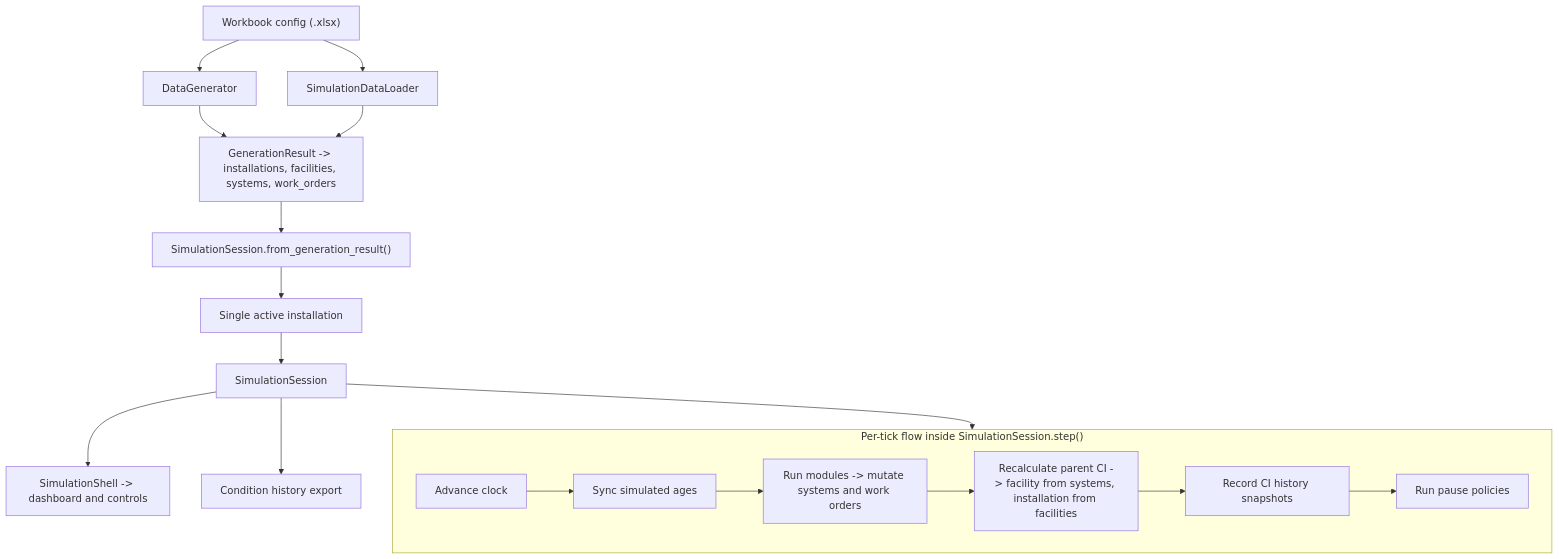
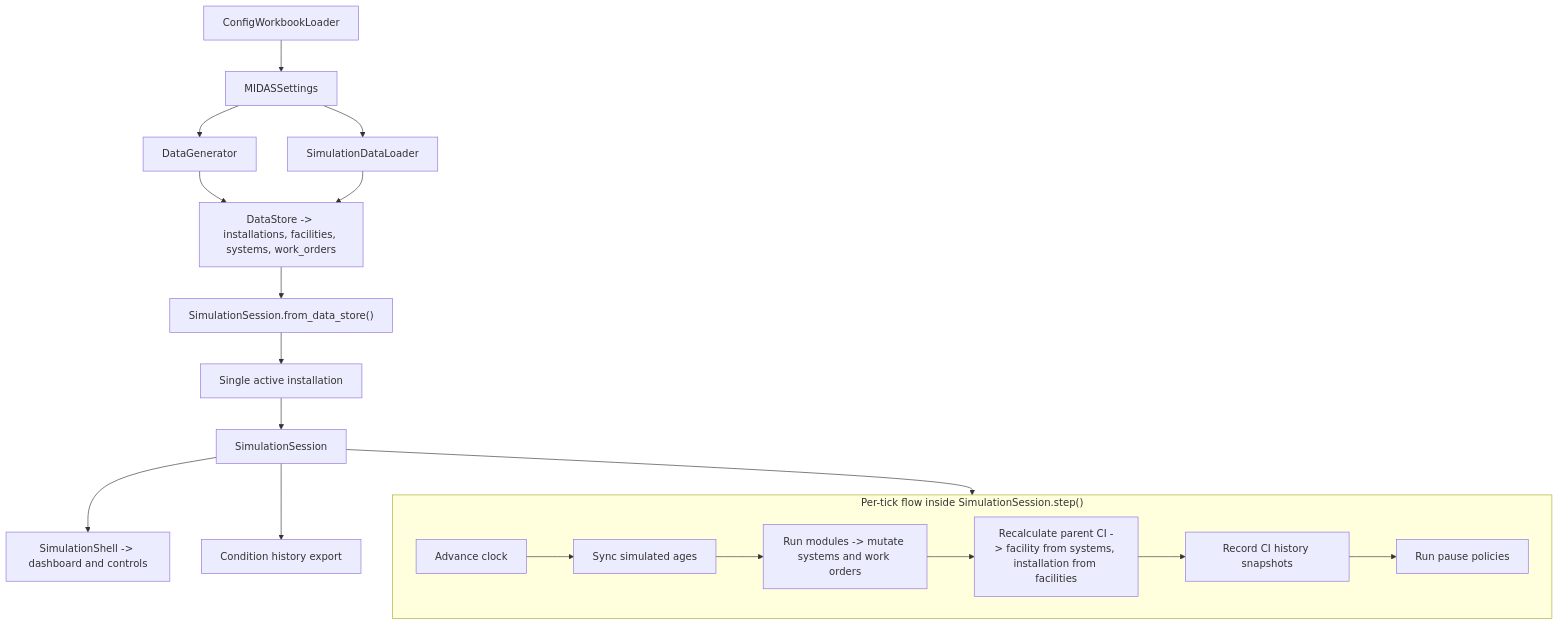
Before and after one commit to horaciovelvetine/midas-alt: the diagram in docs/simulation_system_internals.md, drawn with Mermaid. The commit also changed other lines of this file, not shown here.

````diff
--- a/docs/simulation_system_internals.md
+++ b/docs/simulation_system_internals.md
@@ -9,31 +18,33 @@
 ```mermaid
 flowchart TD
-    A["Workbook config (.xlsx)"]
-    B["DataGenerator"]
-    C["SimulationDataLoader"]
-    D["GenerationResult -> installations, facilities, systems, work_orders"]
-    E["SimulationSession.from_generation_result()"]
-    F["Single active installation"]
-    G["SimulationSession"]
-    H["SimulationShell -> dashboard and controls"]
-    I["Condition history export"]
+    A["ConfigWorkbookLoader"]
+    B["MIDASSettings"]
+    C["DataGenerator"]
+    D["SimulationDataLoader"]
+    E["DataStore -> installations, facilities, systems, work_orders"]
+    F["SimulationSession.from_data_store()"]
+    G["Single active installation"]
+    H["SimulationSession"]
+    I["SimulationShell -> dashboard and controls"]
+    J["Condition history export"]
 
     subgraph T["Per-tick flow inside SimulationSession.step()"]
         T1["Advance clock"]
         T2["Sync simulated ages"]
         T3["Run modules -> mutate systems and work orders"]
         T4["Recalculate parent CI -> facility from systems, installation from facilities"]
         T5["Record CI history snapshots"]
         T6["Run pause policies"]
         T1 --> T2 --> T3 --> T4 --> T5 --> T6
     end
 
     A --> B
-    A --> C
+    B --> C
     B --> D
-    C --> D
-    D --> E --> F --> G
-    G --> T
-    G --> H
-    G --> I
+    C --> E
+    D --> E
+    E --> F --> G --> H
+    H --> T
+    H --> I
+    H --> J
 ```
````
